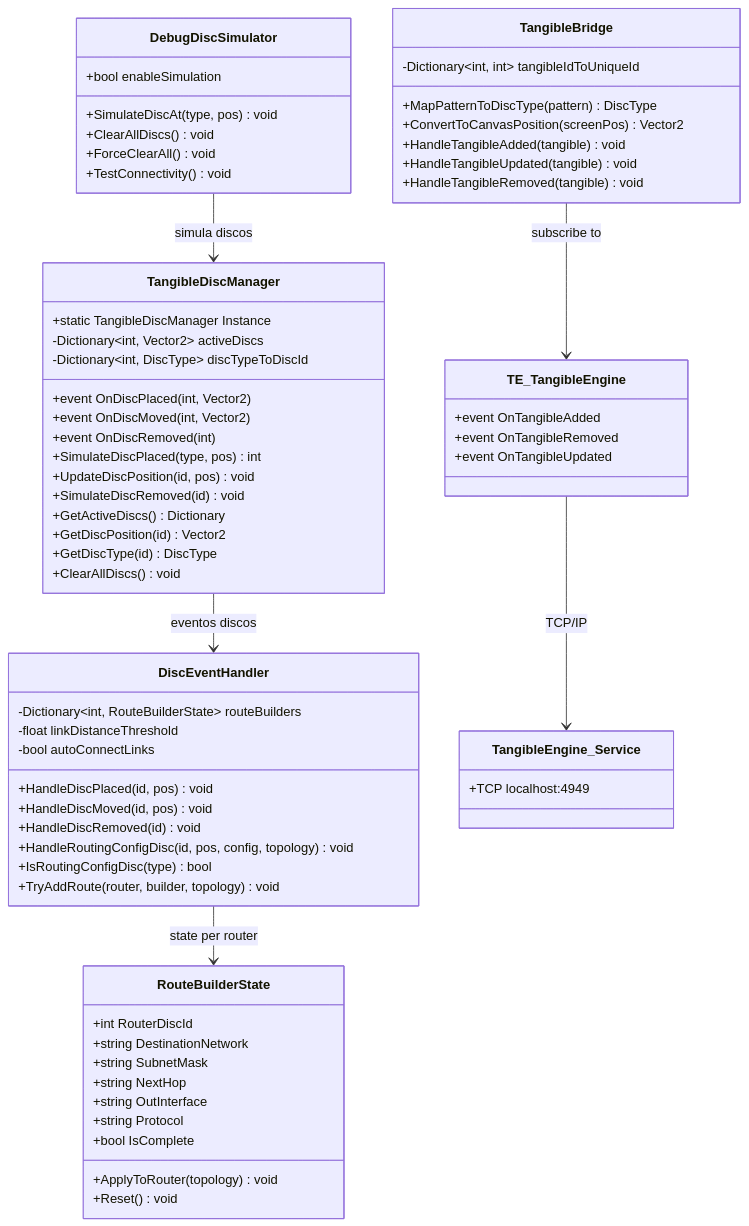
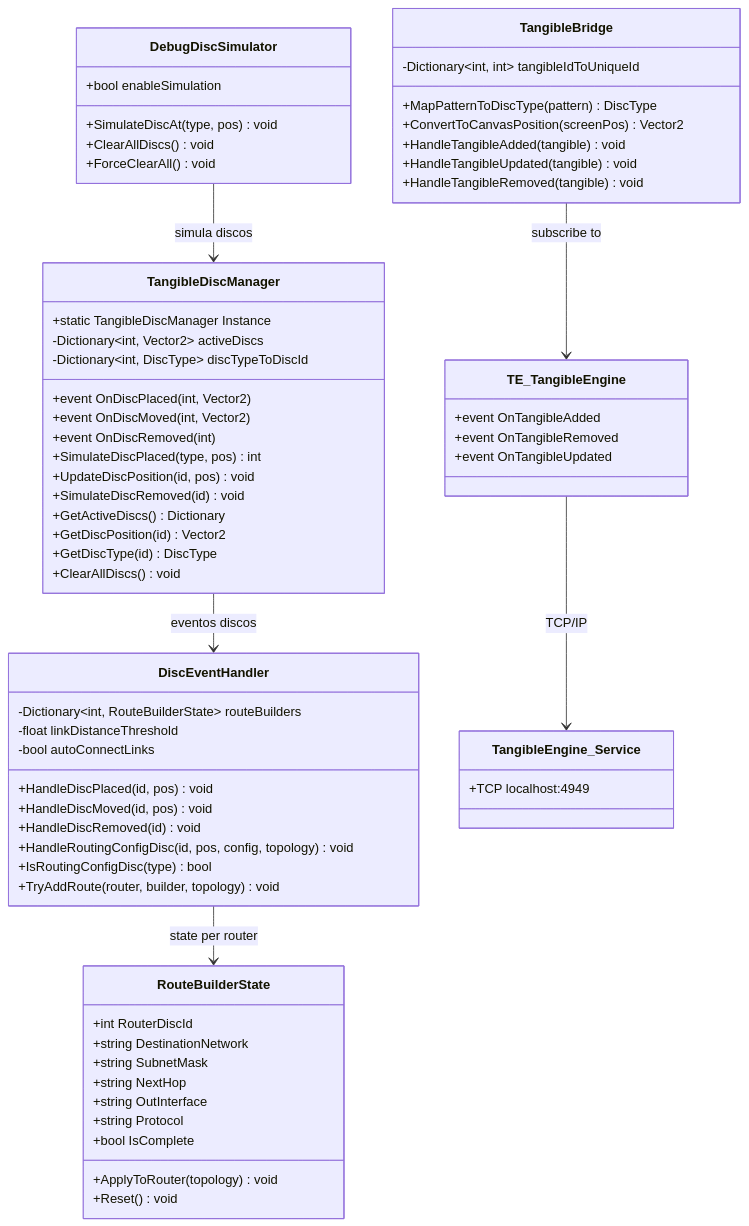
Before and after one commit to Josmarinr/ProyectoGI_SimuladorRedesIDEUM: the diagram in docs/diagrams/mermaid/03-class-tangible.md, drawn with Mermaid. The commit also changed 10 other files, not shown here.

````diff
--- a/docs/diagrams/mermaid/03-class-tangible.md
+++ b/docs/diagrams/mermaid/03-class-tangible.md
@@ -5,75 +5,74 @@
 ```mermaid
 classDiagram
     class TangibleDiscManager {
         +static TangibleDiscManager Instance
         -Dictionary~int, Vector2~ activeDiscs
         -Dictionary~int, DiscType~ discTypeToDiscId
         +event OnDiscPlaced(int, Vector2)
         +event OnDiscMoved(int, Vector2)
         +event OnDiscRemoved(int)
         +SimulateDiscPlaced(type, pos) int
         +UpdateDiscPosition(id, pos) void
         +SimulateDiscRemoved(id) void
         +GetActiveDiscs() Dictionary
         +GetDiscPosition(id) Vector2
         +GetDiscType(id) DiscType
         +ClearAllDiscs() void
     }
 
     class TangibleBridge {
         -Dictionary~int, int~ tangibleIdToUniqueId
         +MapPatternToDiscType(pattern) DiscType
         +ConvertToCanvasPosition(screenPos) Vector2
         +HandleTangibleAdded(tangible) void
         +HandleTangibleUpdated(tangible) void
         +HandleTangibleRemoved(tangible) void
     }
 
     class DiscEventHandler {
         -Dictionary~int, RouteBuilderState~ routeBuilders
         -float linkDistanceThreshold
         -bool autoConnectLinks
         +HandleDiscPlaced(id, pos) void
         +HandleDiscMoved(id, pos) void
         +HandleDiscRemoved(id) void
         +HandleRoutingConfigDisc(id, pos, config, topology) void
         +IsRoutingConfigDisc(type) bool
         +TryAddRoute(router, builder, topology) void
     }
 
     class RouteBuilderState {
         +int RouterDiscId
         +string DestinationNetwork
         +string SubnetMask
         +string NextHop
         +string OutInterface
         +string Protocol
         +bool IsComplete
         +ApplyToRouter(topology) void
         +Reset() void
     }
 
     class DebugDiscSimulator {
         +bool enableSimulation
         +SimulateDiscAt(type, pos) void
         +ClearAllDiscs() void
         +ForceClearAll() void
-        +TestConnectivity() void
     }
 
     class TE_TangibleEngine {
         +event OnTangibleAdded
         +event OnTangibleRemoved
         +event OnTangibleUpdated
     }
 
     class TangibleEngine_Service {
         +TCP localhost:4949
     }
 
     TangibleBridge --> TE_TangibleEngine : subscribe to
     TE_TangibleEngine --> TangibleEngine_Service : TCP/IP
     TangibleDiscManager --> DiscEventHandler : eventos discos
     DiscEventHandler --> RouteBuilderState : state per router
     DebugDiscSimulator --> TangibleDiscManager : simula discos
 ```
````
